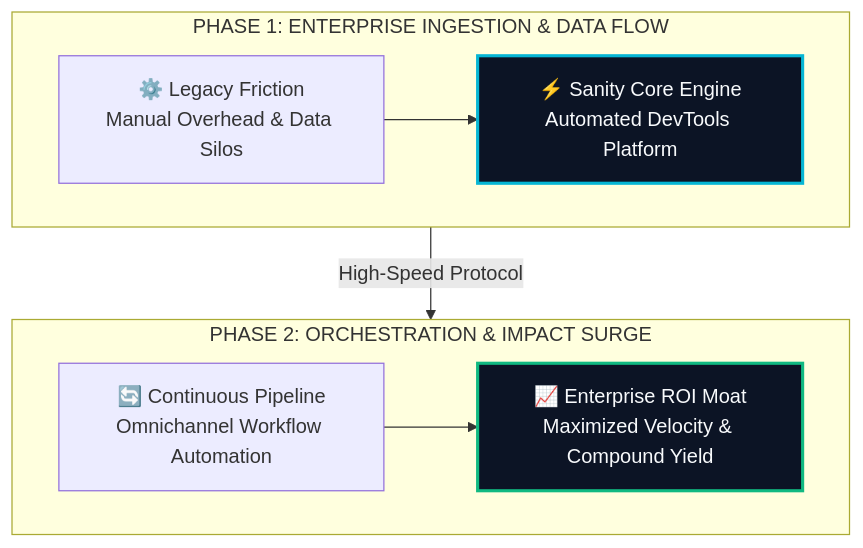
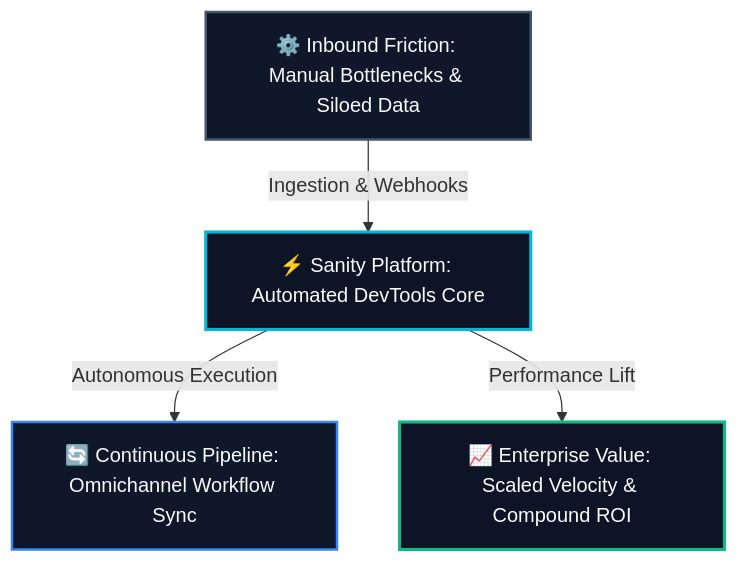
One commit to heliatech-media/saas-radar changed the diagram in site/src/content/blog/sanity-evolution-guide-2026.md. Above: the diagram before and after it, drawn with Mermaid. The commit also changed 93 other files, not shown here.

First line of the commit message:
fix(diagrams): resolve dagre-d3 subgraph collision by migrating to balanced 3-tier Hub & Spoke architecture

````diff
--- a/site/src/content/blog/sanity-evolution-guide-2026.md
+++ b/site/src/content/blog/sanity-evolution-guide-2026.md
@@ -56,14 +56,14 @@
 ```mermaid
 flowchart TD
-    subgraph S1["PHASE 1: ENTERPRISE INGESTION & DATA FLOW"]
-        direction LR
-        A["⚙️ Legacy Friction<br/>Manual Overhead & Data Silos"] --> B["⚡ Sanity Core Engine<br/>Automated DevTools Platform"]
-    end
-    subgraph S2["PHASE 2: ORCHESTRATION & IMPACT SURGE"]
-        direction LR
-        C["🔄 Continuous Pipeline<br/>Omnichannel Workflow Automation"] --> D["📈 Enterprise ROI Moat<br/>Maximized Velocity & Compound Yield"]
-    end
-    S1 -->|High-Speed Protocol| S2
-    style B fill:#0c1425,stroke:#06b6d4,stroke-width:2.5px,color:#f8fafc
-    style D fill:#0c1425,stroke:#10b981,stroke-width:2.5px,color:#f8fafc
+    Inp["⚙️ Inbound Friction: Manual Bottlenecks & Siloed Data"]
+    Eng["⚡ Sanity Platform: Automated DevTools Core"]
+    Out1["🔄 Continuous Pipeline: Omnichannel Workflow Sync"]
+    Out2["📈 Enterprise Value: Scaled Velocity & Compound ROI"]
+    Inp -->|Ingestion & Webhooks| Eng
+    Eng -->|Autonomous Execution| Out1
+    Eng -->|Performance Lift| Out2
+    style Inp fill:#0f172a,stroke:#475569,stroke-width:2px,color:#f8fafc
+    style Eng fill:#0c1425,stroke:#06b6d4,stroke-width:2.5px,color:#f8fafc
+    style Out1 fill:#0f172a,stroke:#3b82f6,stroke-width:2px,color:#f8fafc
+    style Out2 fill:#0c1425,stroke:#10b981,stroke-width:2.5px,color:#f8fafc
 ```
````
